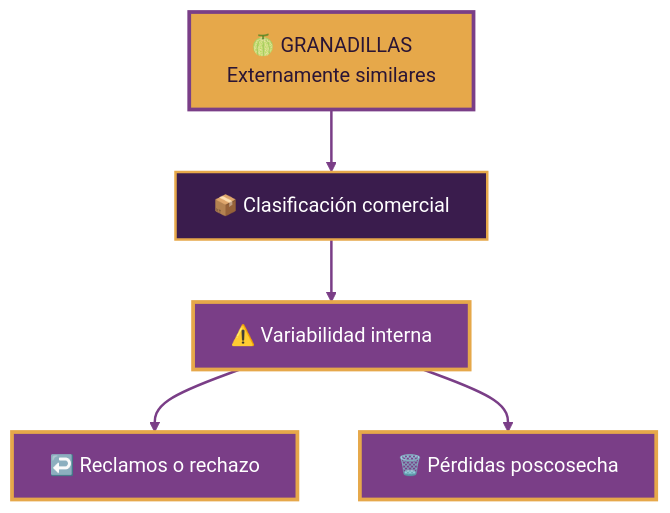
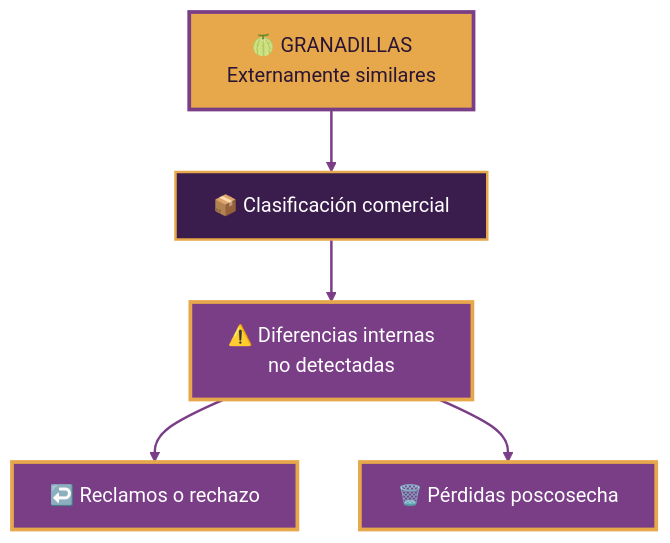
Before and after one commit to Cesarapcho/PI_Equipo_03: the first of 3 diagrams in README.md, drawn with Mermaid (forest theme). The commit also changed other lines of this file, not shown here.

````diff
--- a/README.md
+++ b/README.md
@@ -201,20 +201,20 @@
 ```mermaid
 flowchart TB
     G["🍈 GRANADILLAS<br/>Externamente similares"]:::fruit
 
     C1["📦 Clasificación comercial"]:::process
-    C2["⚠️ Variabilidad interna"]:::alert
+    C2["⚠️ Diferencias internas<br/>no detectadas"]:::alert
     C3["↩️ Reclamos o rechazo"]:::alert
     C4["🗑️ Pérdidas poscosecha"]:::alert
 
     G --> C1
     C1 --> C2
     C2 --> C3
     C2 --> C4
 
     classDef fruit fill:#E6A84A,color:#2A1535,stroke:#7A3E87,stroke-width:3px;
     classDef process fill:#3A1C4D,color:#FFFFFF,stroke:#E6A84A,stroke-width:2px;
     classDef alert fill:#7A3E87,color:#FFFFFF,stroke:#E6A84A,stroke-width:3px;
 
     linkStyle default stroke:#7A3E87,stroke-width:2px;
 ```
````
